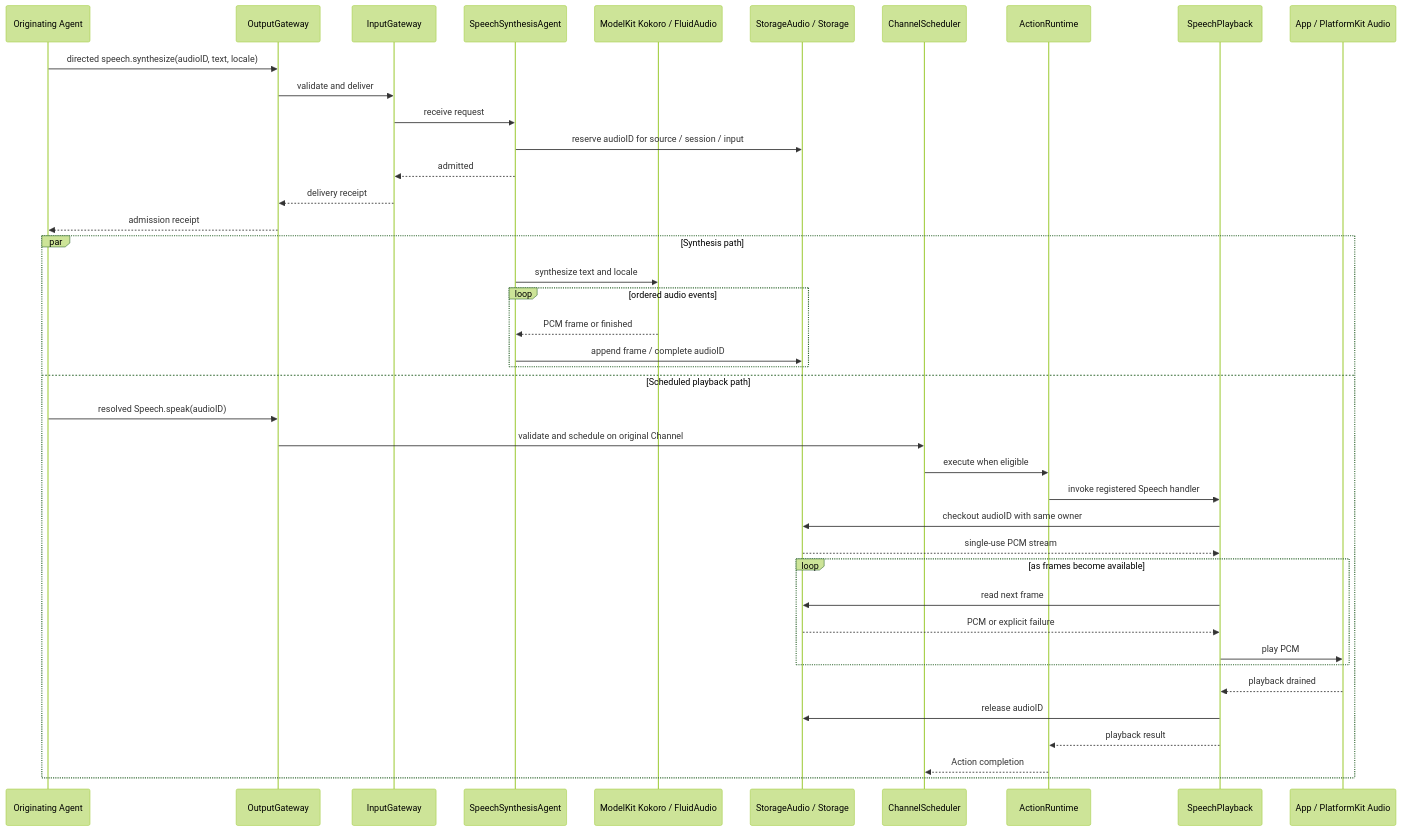
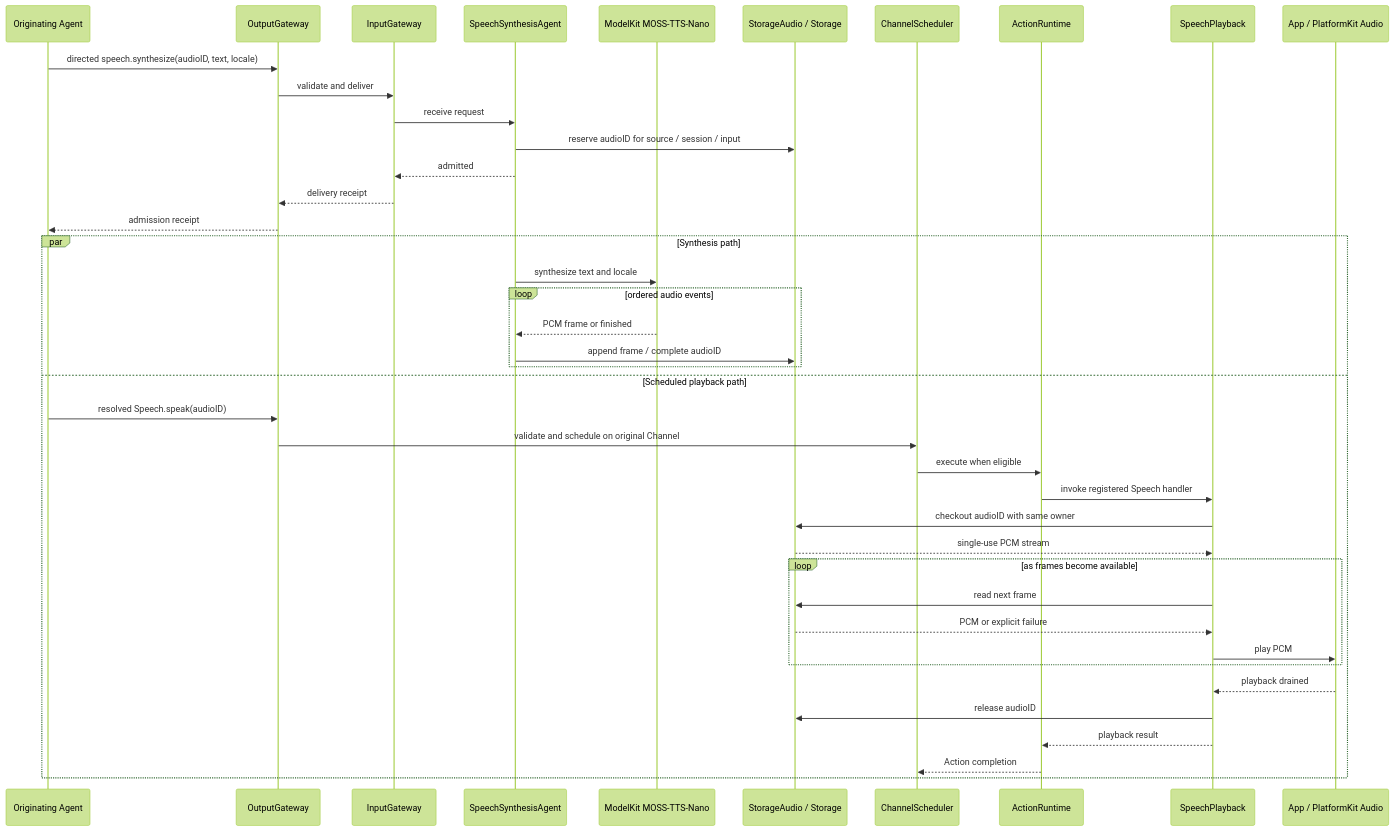
The fifth of 6 diagrams in MobileHarness/README.md (devilyouwei/MobileHarness), drawn with Mermaid (forest theme) before and after one commit. The commit also changed other lines of this file and 68 other files, not shown here.

First line of the commit message:
Replace Kokoro with MOSS CoreML and fix audio playback

````diff
--- a/MobileHarness/README.md
+++ b/MobileHarness/README.md
@@ -464,43 +464,43 @@
 ```mermaid
 sequenceDiagram
     participant A as Originating Agent
     participant OG as OutputGateway
     participant IG as InputGateway
     participant S as SpeechSynthesisAgent
-    participant M as ModelKit Kokoro / FluidAudio
+    participant M as ModelKit MOSS-TTS-Nano
     participant C as StorageAudio / Storage
     participant Q as ChannelScheduler
     participant R as ActionRuntime
     participant P as SpeechPlayback
     participant H as App / PlatformKit Audio
     A->>OG: directed speech.synthesize(audioID, text, locale)
     OG->>IG: validate and deliver
     IG->>S: receive request
     S->>C: reserve audioID for source / session / input
     S-->>IG: admitted
     IG-->>OG: delivery receipt
     OG-->>A: admission receipt
     par Synthesis path
         S->>M: synthesize text and locale
         loop ordered audio events
             M-->>S: PCM frame or finished
             S->>C: append frame / complete audioID
         end
     and Scheduled playback path
         A->>OG: resolved Speech.speak(audioID)
         OG->>Q: validate and schedule on original Channel
         Q->>R: execute when eligible
         R->>P: invoke registered Speech handler
         P->>C: checkout audioID with same owner
         C-->>P: single-use PCM stream
         loop as frames become available
             P->>C: read next frame
             C-->>P: PCM or explicit failure
             P->>H: play PCM
         end
         H-->>P: playback drained
         P->>C: release audioID
         P-->>R: playback result
         R-->>Q: Action completion
     end
 ```
````
